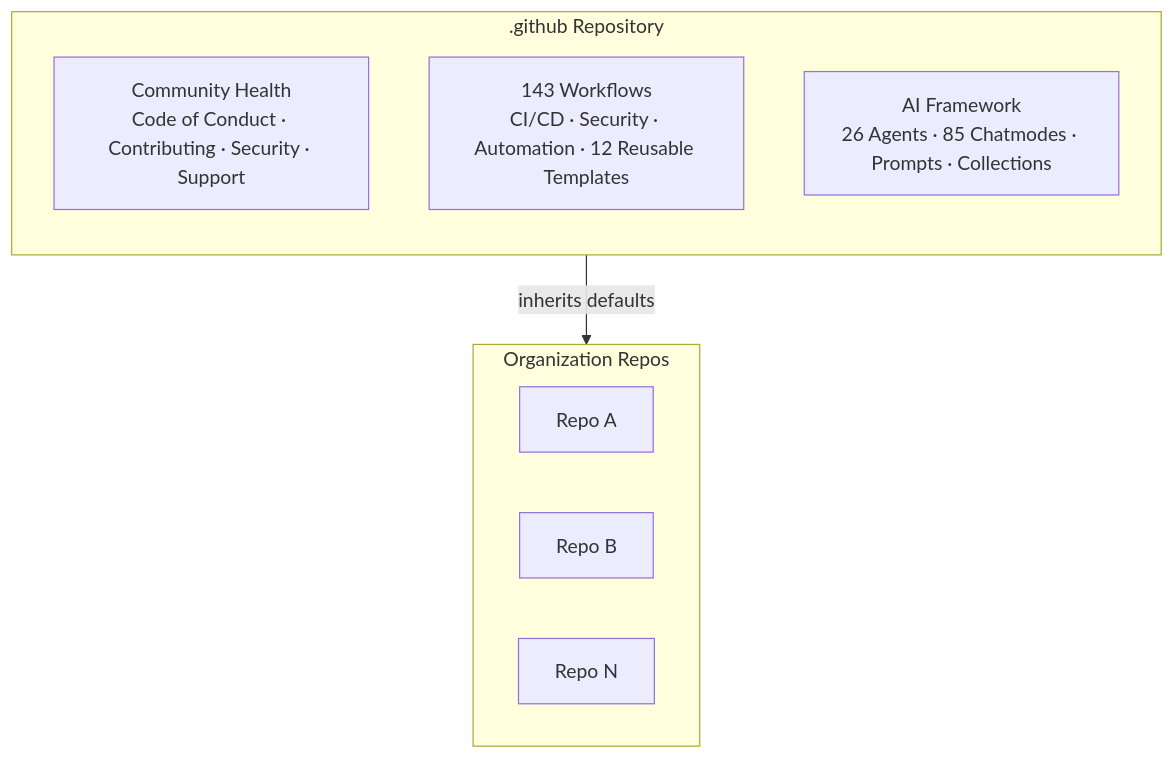
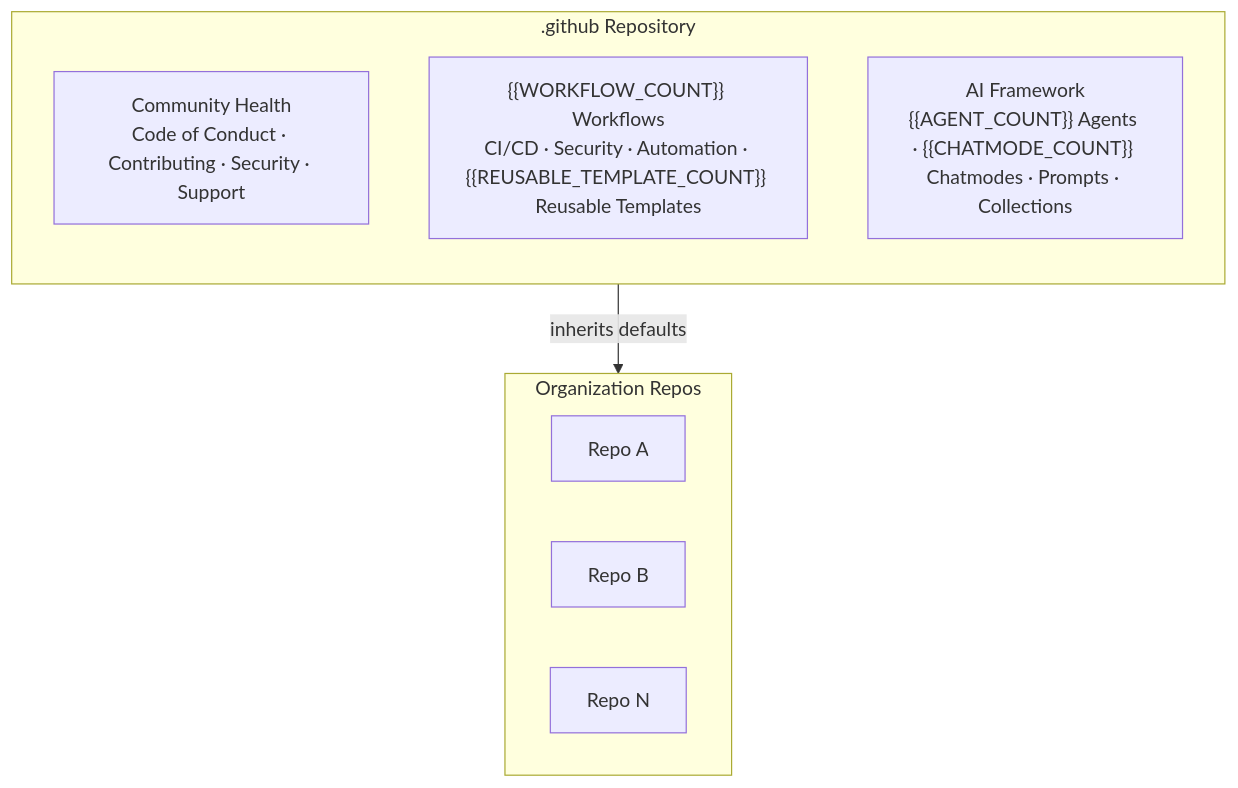
The diagram in README.md (ivviiviivvi/.github), drawn with Mermaid before and after one commit. The commit also changed other lines of this file and 333 other files, not shown here.

````diff
--- a/README.md
+++ b/README.md
@@ -29,15 +29,15 @@
 ```mermaid
 graph TB
     subgraph dotgithub[".github Repository"]
         direction TB
         governance["Community Health<br/>Code of Conduct · Contributing · Security · Support"]
-        workflows["143 Workflows<br/>CI/CD · Security · Automation · 12 Reusable Templates"]
-        ai["AI Framework<br/>26 Agents · 85 Chatmodes · Prompts · Collections"]
+        workflows["{{WORKFLOW_COUNT}} Workflows<br/>CI/CD · Security · Automation · {{REUSABLE_TEMPLATE_COUNT}} Reusable Templates"]
+        ai["AI Framework<br/>{{AGENT_COUNT}} Agents · {{CHATMODE_COUNT}} Chatmodes · Prompts · Collections"]
     end
     subgraph org["Organization Repos"]
         R1[Repo A]
         R2[Repo B]
         R3[Repo N]
     end
     dotgithub -->|inherits defaults| org
 ```
````
